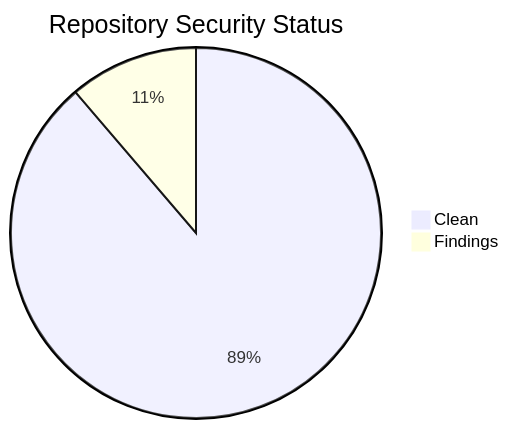
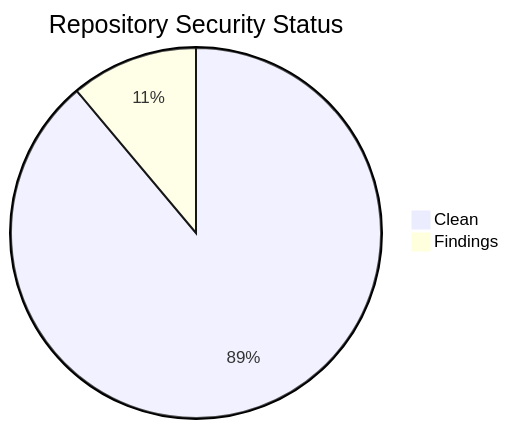
One commit to icepaule/icepaule.github.io changed the second of 2 diagrams in projects/status.md. Above: the diagram before and after it, drawn with Mermaid. The commit also changed other lines of this file and 65 other files, not shown here.

````diff
--- a/projects/status.md
+++ b/projects/status.md
@@ -134,5 +135,5 @@
 ```mermaid
 pie title Repository Security Status
-    "Clean" : 63
+    "Clean" : 64
     "Findings" : 8
 ```
````
